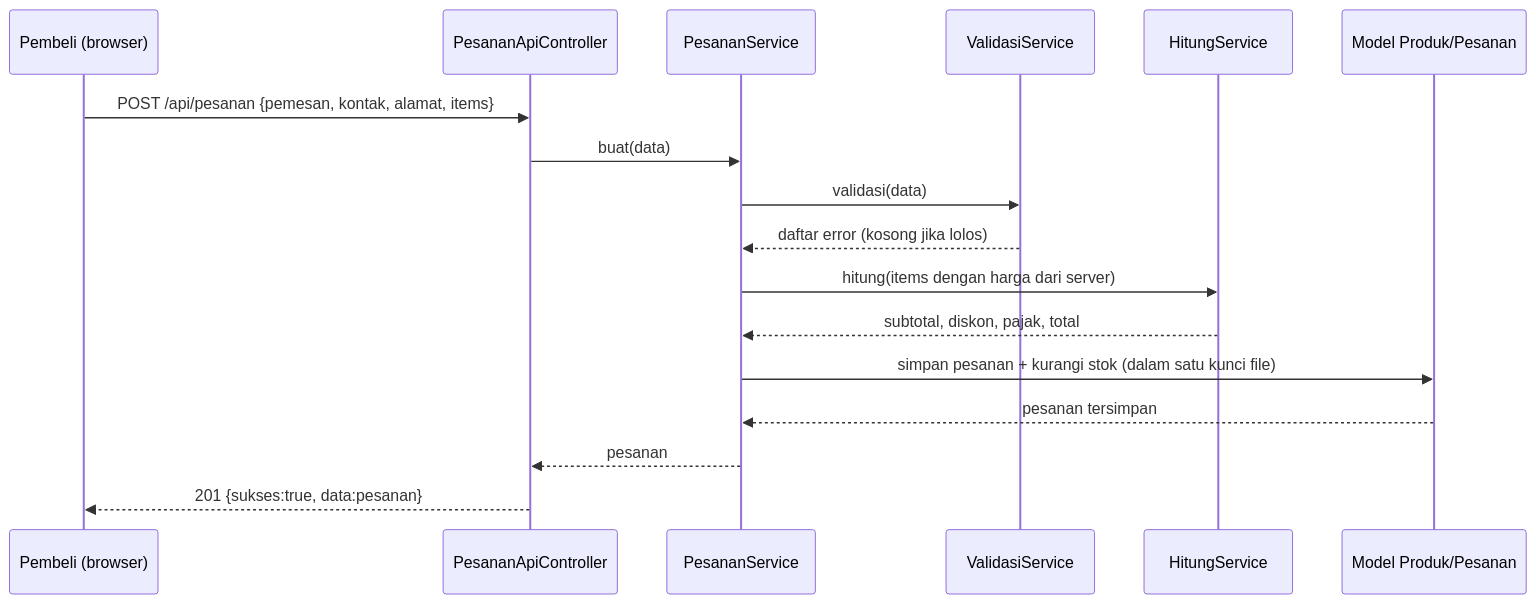
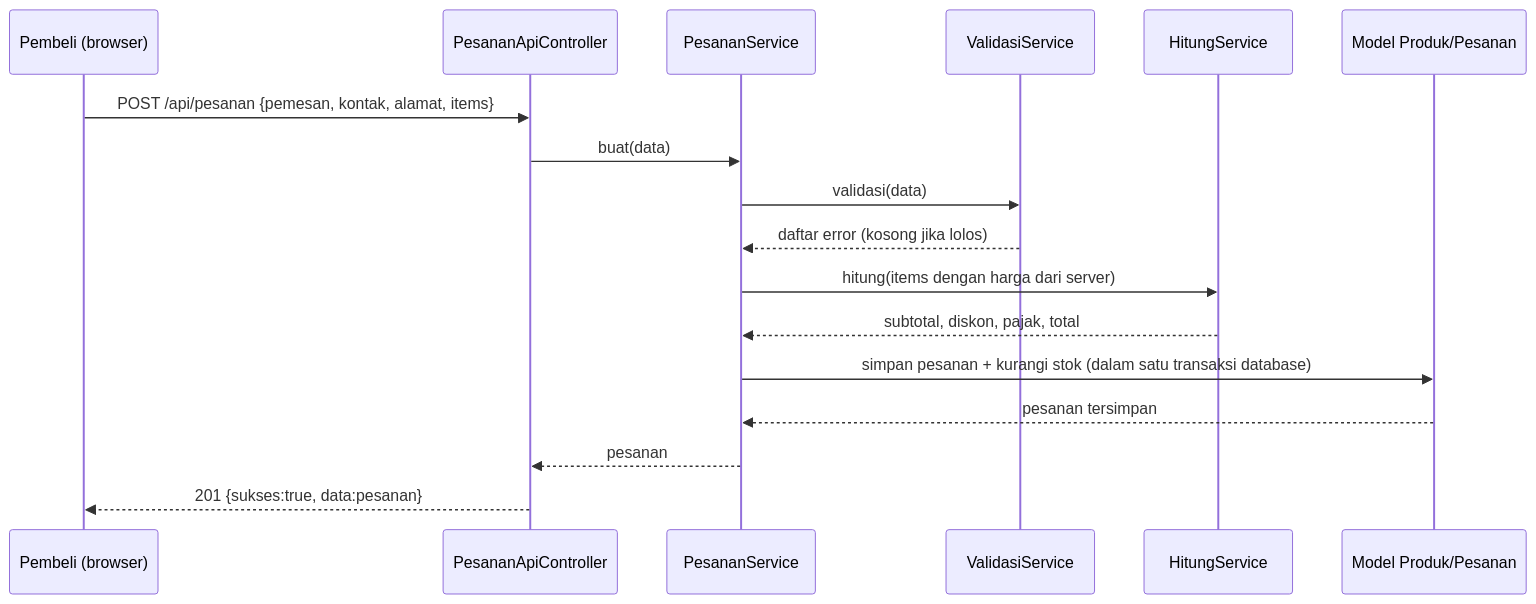
Before and after one commit to Sayogi-lgtm/Loumart: the second of 2 diagrams in docs/architecture.md, drawn with Mermaid. The commit also changed other lines of this file and 77 other files, not shown here.

````diff
--- a/docs/architecture.md
+++ b/docs/architecture.md
@@ -39,19 +40,19 @@
 ```mermaid
 sequenceDiagram
     participant U as Pembeli (browser)
     participant C as PesananApiController
     participant S as PesananService
     participant V as ValidasiService
     participant H as HitungService
     participant M as Model Produk/Pesanan
     U->>C: POST /api/pesanan {pemesan, kontak, alamat, items}
     C->>S: buat(data)
     S->>V: validasi(data)
     V-->>S: daftar error (kosong jika lolos)
     S->>H: hitung(items dengan harga dari server)
     H-->>S: subtotal, diskon, pajak, total
-    S->>M: simpan pesanan + kurangi stok (dalam satu kunci file)
+    S->>M: simpan pesanan + kurangi stok (dalam satu transaksi database)
     M-->>S: pesanan tersimpan
     S-->>C: pesanan
     C-->>U: 201 {sukses:true, data:pesanan}
 ```
````
